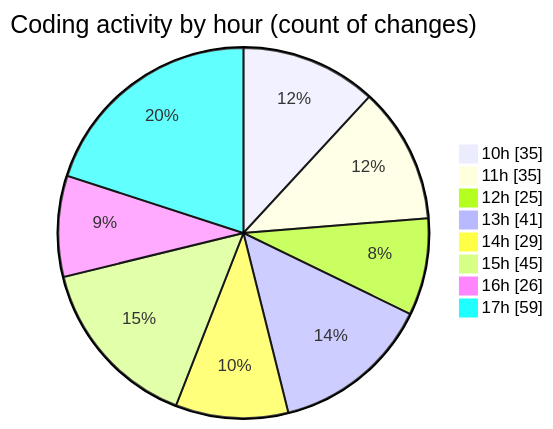
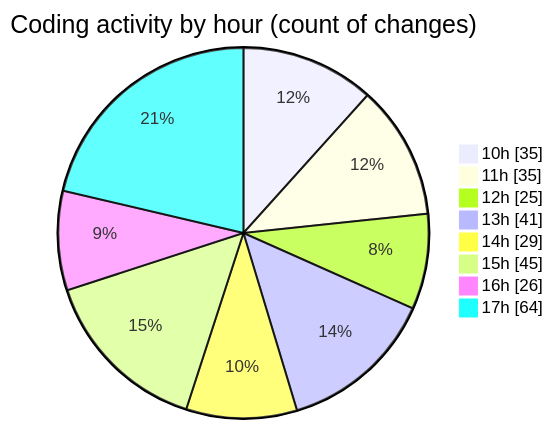
The second of 2 diagrams in 2025-03-26/cda/README.md (momahboobian/code-tracking), drawn with Mermaid before and after one commit. The commit also changed other lines of this file and 1 other file, not shown here.

````diff
--- a/2025-03-26/cda/README.md
+++ b/2025-03-26/cda/README.md
@@ -55,12 +55,12 @@
 ```mermaid
 pie showData
 title Coding activity by hour (count of changes)
 "10h" : 35
 "11h" : 35
 "12h" : 25
 "13h" : 41
 "14h" : 29
 "15h" : 45
 "16h" : 26
-"17h" : 59
+"17h" : 64
 ```
````
